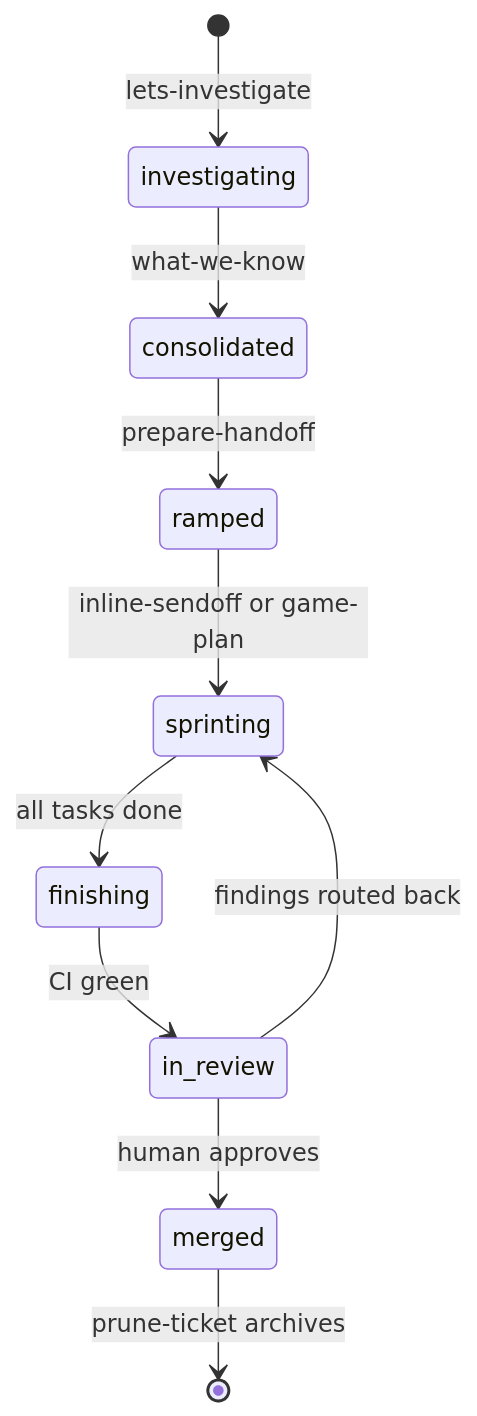
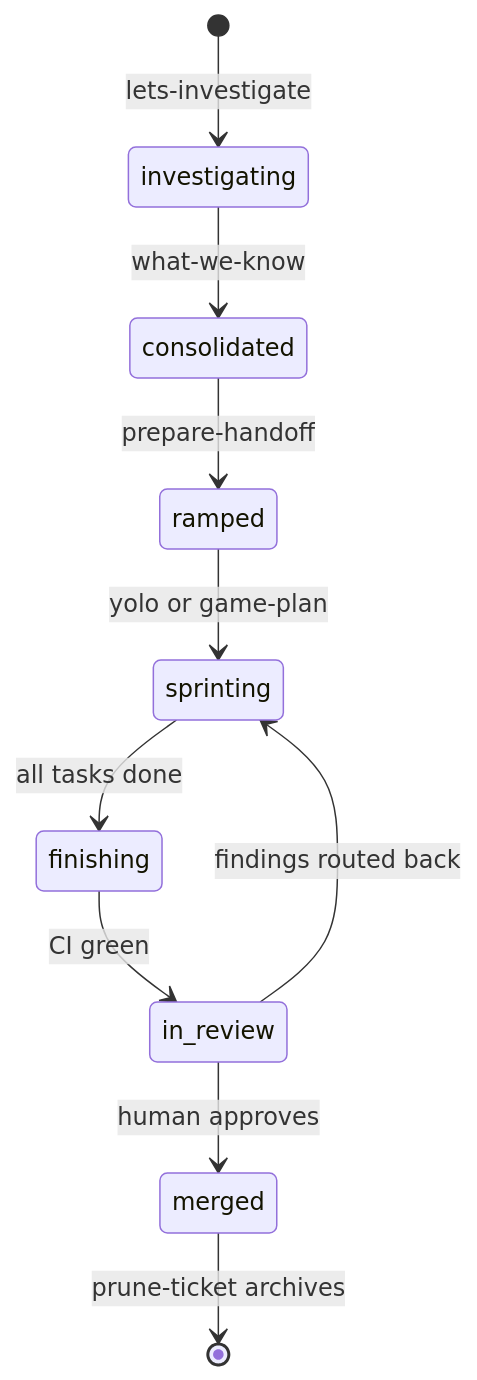
The third of 3 diagrams in docs/workflow.md (rhawk117/rygentic-harness), drawn with Mermaid before and after one commit. The commit also changed other lines of this file and 33 other files, not shown here.

````diff
--- a/docs/workflow.md
+++ b/docs/workflow.md
@@ -158,12 +160,12 @@
 ```mermaid
 stateDiagram-v2
     [*] --> investigating: lets-investigate
     investigating --> consolidated: what-we-know
     consolidated --> ramped: prepare-handoff
-    ramped --> sprinting: inline-sendoff or game-plan
+    ramped --> sprinting: yolo or game-plan
     sprinting --> finishing: all tasks done
     finishing --> in_review: CI green
     in_review --> sprinting: findings routed back
     in_review --> merged: human approves
     merged --> [*]: prune-ticket archives
 ```
````
